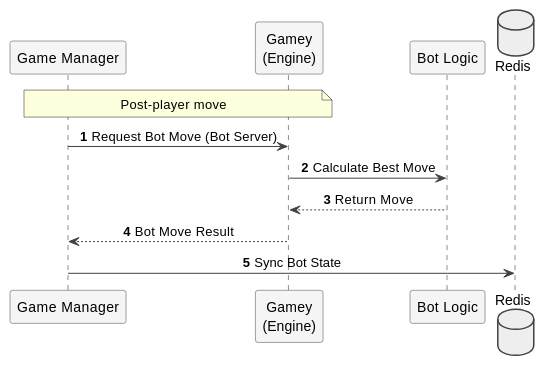
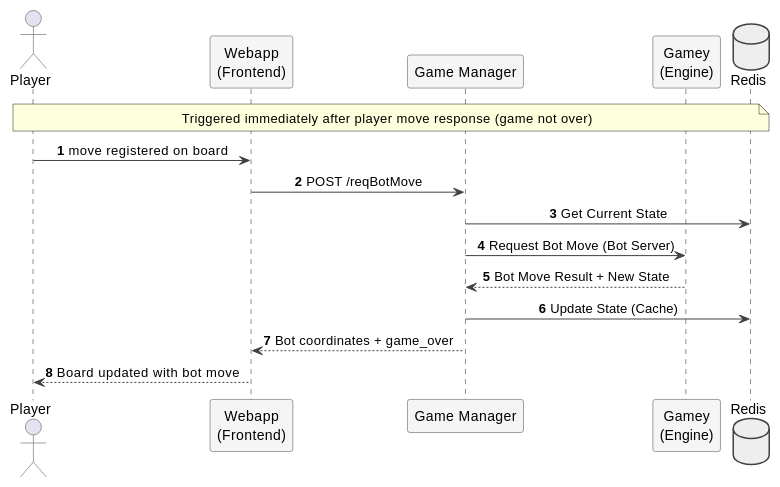
The fifth of 6 diagrams in docs/src/06_runtime_view.adoc (Arquisoft/yovi_en2a), drawn with PlantUML before and after one commit. The commit also changed other lines of this file and 12 other files, not shown here.

```diff
--- a/docs/src/06_runtime_view.adoc
+++ b/docs/src/06_runtime_view.adoc
@@ -187,26 +185,30 @@
 [plantuml, target=runtime_bot_move, format=png]
 ....
 @startuml
 autonumber
 skinparam shadowing false
 skinparam sequenceMessageAlign center
 skinparam ParticipantBackgroundColor #F5F5F5
 skinparam ParticipantBorderColor #424242
 skinparam DatabaseBackgroundColor #EEEEEE
 skinparam DatabaseBorderColor #424242
 skinparam SequenceArrowColor #424242
 skinparam ActorBorderColor #424242
 
+actor "Player" as Client
+participant "Webapp\n(Frontend)" as WebApp
 participant "Game Manager" as GM
 participant "Gamey\n(Engine)" as Engine
-participant "Bot Logic" as Bot
 database "Redis" as Redis
 
-note over GM, Engine: Post-player move
+note over Client, Redis: Triggered immediately after player move response (game not over)
+Client -> WebApp : move registered on board
+WebApp -> GM : POST /reqBotMove
+GM -> Redis : Get Current State
 GM -> Engine : Request Bot Move (Bot Server)
-Engine -> Bot : Calculate Best Move
-Bot --> Engine : Return Move
-Engine --> GM : Bot Move Result
-GM -> Redis : Sync Bot State
+Engine --> GM : Bot Move Result + New State
+GM -> Redis : Update State (Cache)
+GM --> WebApp : Bot coordinates + game_over
+WebApp --> Client : Board updated with bot move
 @enduml
 ....
```
